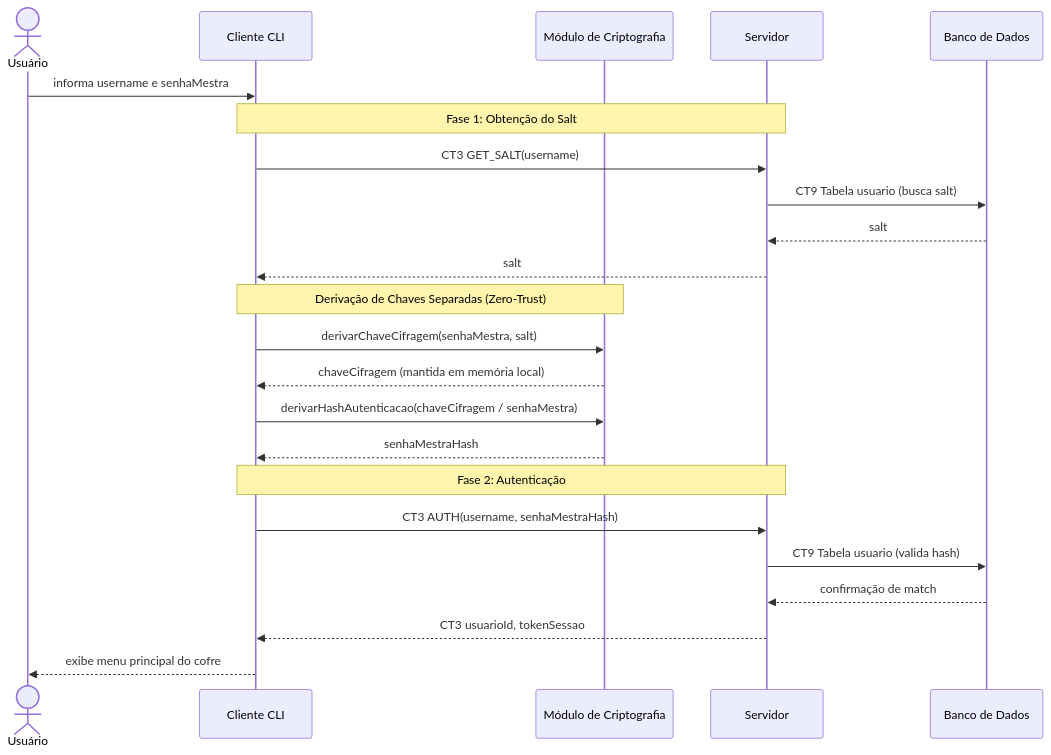
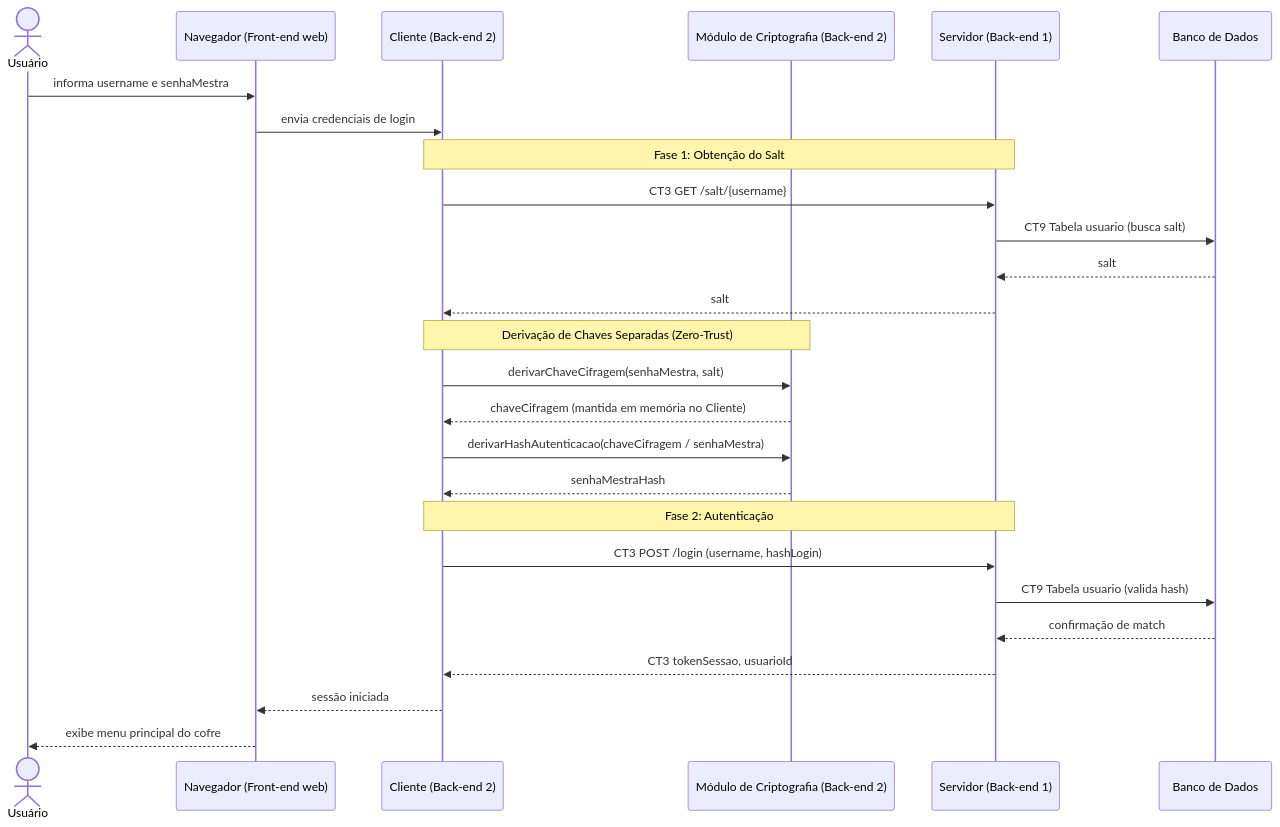
One commit to egili/pi4-0101-g6-frontend changed the diagram in docs/fluxos/E3-autenticacao.md. Above: the diagram before and after it, drawn with Mermaid. The commit also changed other lines of this file and 8 other files, not shown here.

First line of the commit message:
Docs: fluxos E1-E9 em web e REST (sem CLI nem socket)

````diff
--- a/docs/fluxos/E3-autenticacao.md
+++ b/docs/fluxos/E3-autenticacao.md
@@ -22,28 +22,31 @@
 ```mermaid
 sequenceDiagram
     actor U as Usuário
-    participant C as Cliente CLI
-    participant CM as Módulo de Criptografia
-    participant S as Servidor
+    participant N as Navegador (Front-end web)
+    participant C as Cliente (Back-end 2)
+    participant CM as Módulo de Criptografia (Back-end 2)
+    participant S as Servidor (Back-end 1)
     participant DB as Banco de Dados
 
-    U->>C: informa username e senhaMestra
+    U->>N: informa username e senhaMestra
+    N->>C: envia credenciais de login
     Note over C,S: Fase 1: Obtenção do Salt
-    C->>S: CT3 GET_SALT(username)
+    C->>S: CT3 GET /salt/{username}
     S->>DB: CT9 Tabela usuario (busca salt)
     DB-->>S: salt
     S-->>C: salt
-    
+
     Note over C,CM: Derivação de Chaves Separadas (Zero-Trust)
     C->>CM: derivarChaveCifragem(senhaMestra, salt)
-    CM-->>C: chaveCifragem (mantida em memória local)
+    CM-->>C: chaveCifragem (mantida em memória no Cliente)
     C->>CM: derivarHashAutenticacao(chaveCifragem / senhaMestra)
     CM-->>C: senhaMestraHash
 
     Note over C,S: Fase 2: Autenticação
-    C->>S: CT3 AUTH(username, senhaMestraHash)
+    C->>S: CT3 POST /login (username, hashLogin)
     S->>DB: CT9 Tabela usuario (valida hash)
     DB-->>S: confirmação de match
-    S-->>C: CT3 usuarioId, tokenSessao
-    C-->>U: exibe menu principal do cofre
+    S-->>C: CT3 tokenSessao, usuarioId
+    C-->>N: sessão iniciada
+    N-->>U: exibe menu principal do cofre
 ```
````
